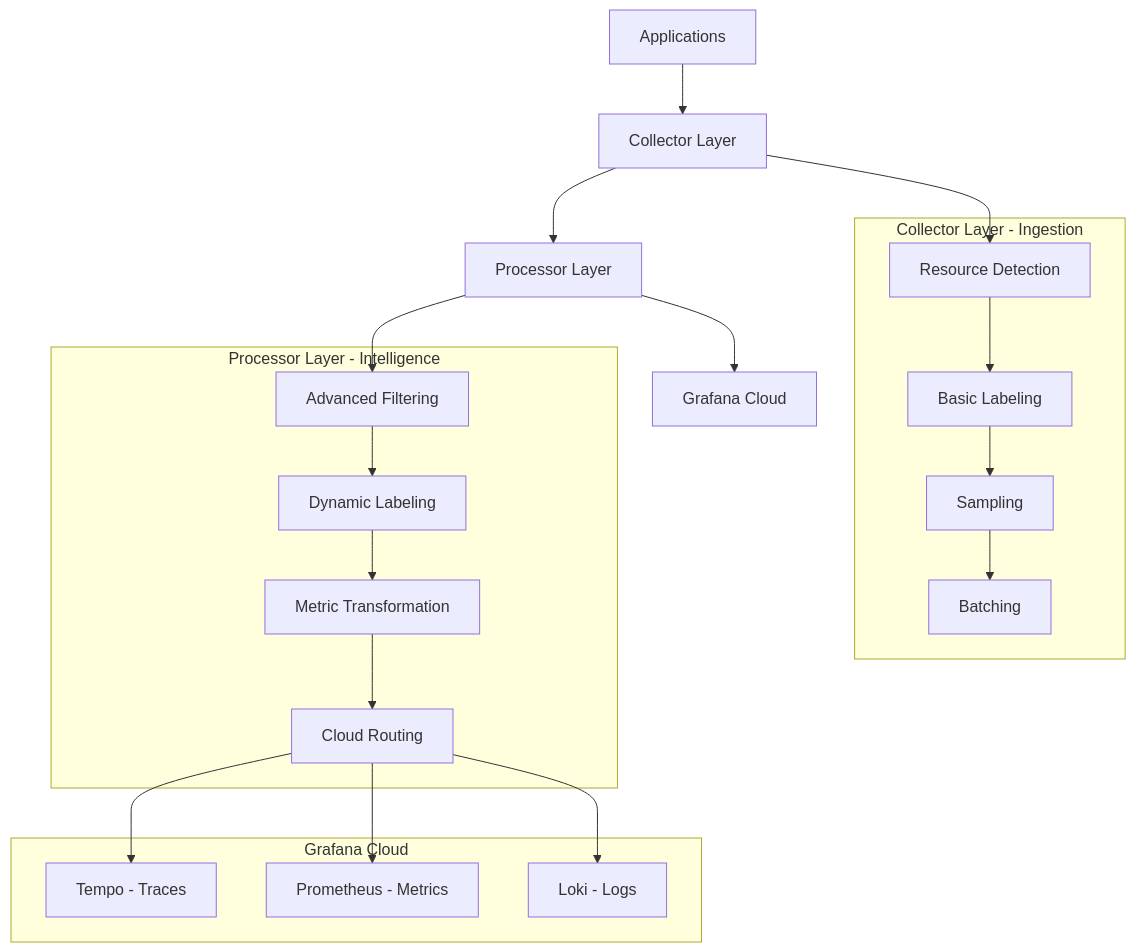
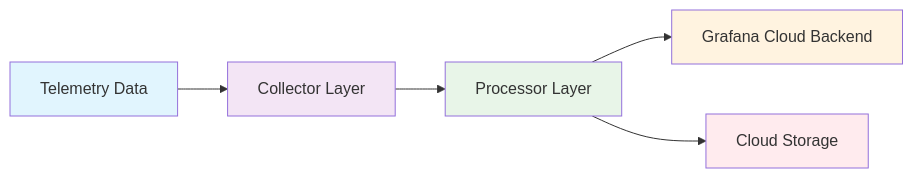
The diagram in README.md (ChaosKyle/otel-dynamic-processors-lab), drawn with Mermaid before and after one commit. The commit also changed 41 other files, not shown here.

First line of the commit message:
Simplify architecture diagram for cleaner flow visualization

````diff
--- a/README.md
+++ b/README.md
@@ -81,32 +81,13 @@
 ```mermaid
-graph TB
-    A[Applications] --> B[Collector Layer]
+graph LR
+    A[Telemetry Data] --> B[Collector Layer]
     B --> C[Processor Layer]
-    C --> D[Grafana Cloud]
+    C --> D[Grafana Cloud Backend]
+    C --> E[Cloud Storage]
     
-    subgraph "Collector Layer - Ingestion"
-        B1[Resource Detection]
-        B2[Basic Labeling]
-        B3[Sampling]
-        B4[Batching]
-    end
-    
-    subgraph "Processor Layer - Intelligence"
-        C1[Advanced Filtering]
-        C2[Dynamic Labeling]
-        C3[Metric Transformation]
-        C4[Cloud Routing]
-    end
-    
-    subgraph "Grafana Cloud"
-        D1[Tempo - Traces]
-        D2[Prometheus - Metrics]
-        D3[Loki - Logs]
-    end
-    
-    B --> B1 --> B2 --> B3 --> B4
-    C --> C1 --> C2 --> C3 --> C4
-    C4 --> D1
-    C4 --> D2
-    C4 --> D3
+    style A fill:#e1f5fe
+    style B fill:#f3e5f5
+    style C fill:#e8f5e8
+    style D fill:#fff3e0
+    style E fill:#ffebee
 ```
````
